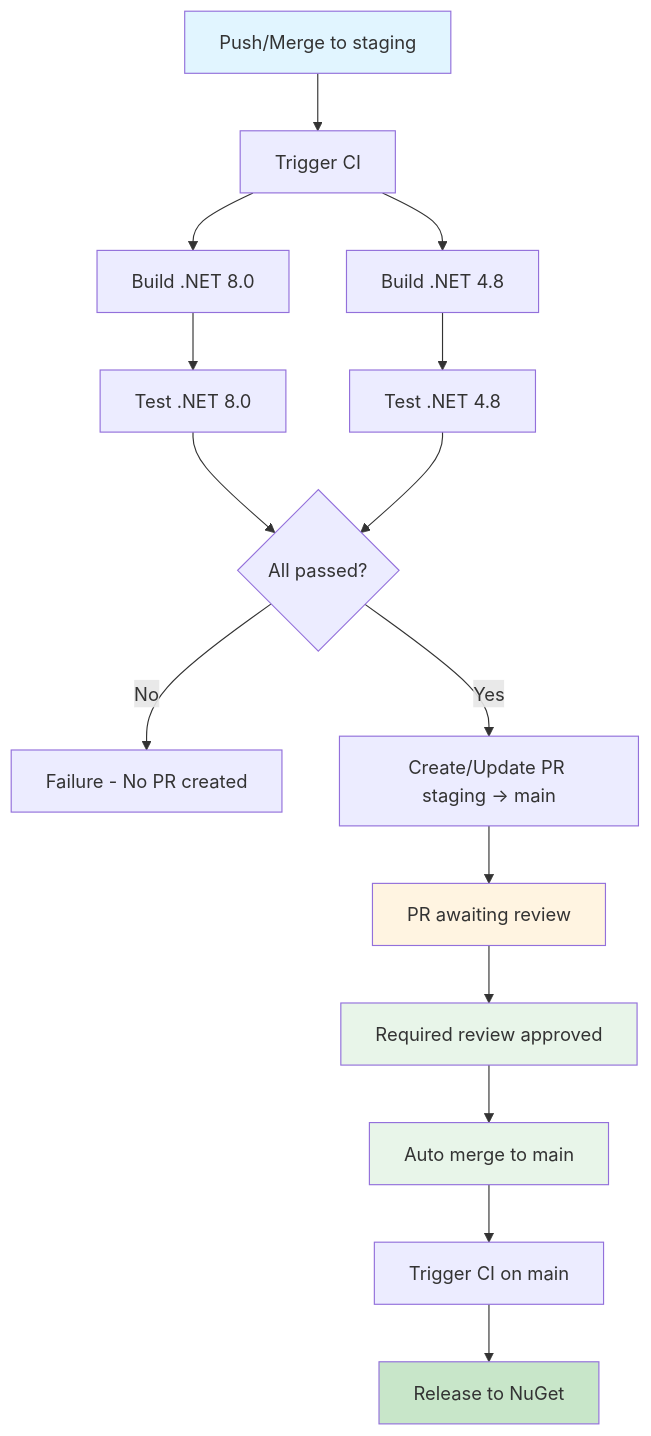
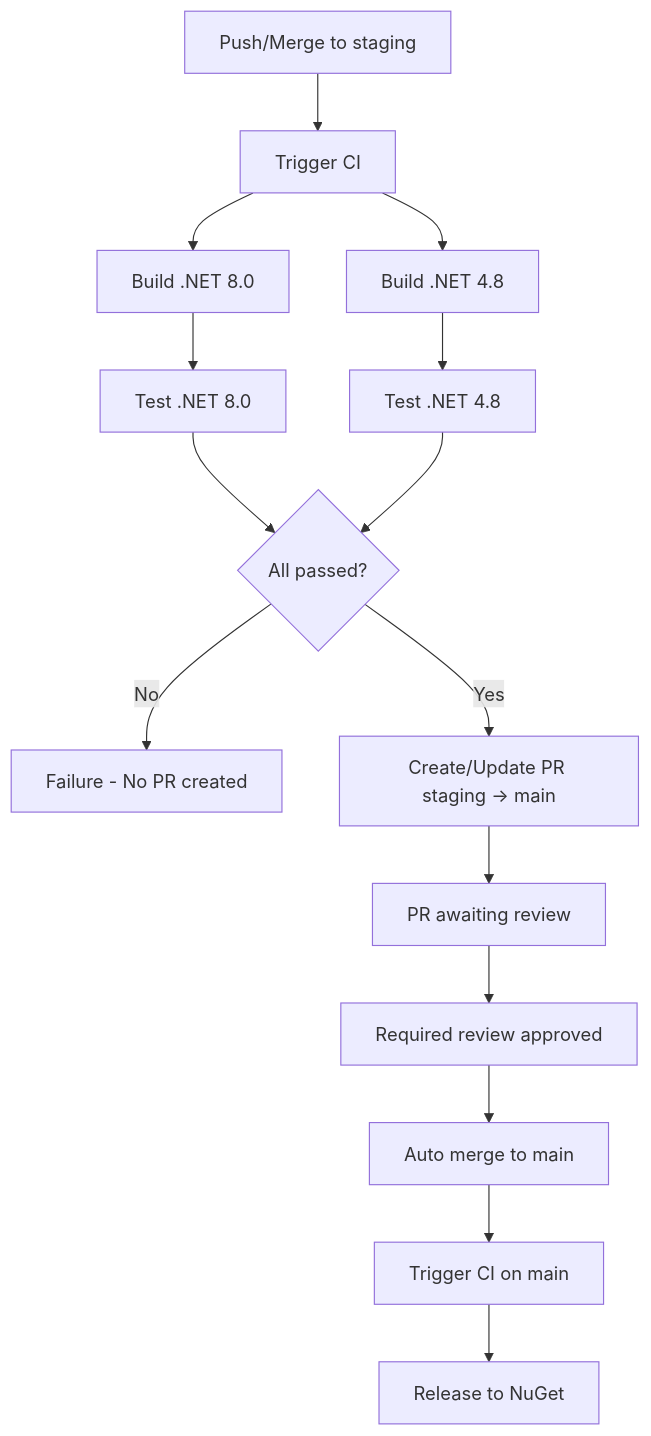
The first of 2 diagrams in docs/development/ci-cd.md (whitebeardit/traceability), drawn with Mermaid before and after one commit. The commit also changed other lines of this file and 21 other files, not shown here.

````diff
--- a/docs/development/ci-cd.md
+++ b/docs/development/ci-cd.md
@@ -15,23 +13,17 @@
 ```mermaid
 flowchart TD
     A[Push/Merge to staging] --> B[Trigger CI]
     B --> C[Build .NET 8.0]
     B --> D[Build .NET 4.8]
     C --> E[Test .NET 8.0]
     D --> F[Test .NET 4.8]
     E --> G{All passed?}
     F --> G
     G -->|No| H[Failure - No PR created]
     G -->|Yes| I[Create/Update PR staging → main]
     I --> J[PR awaiting review]
     J --> K[Required review approved]
     K --> L[Auto merge to main]
     L --> M[Trigger CI on main]
     M --> N[Release to NuGet]
-    
-    style A fill:#e1f5ff
-    style J fill:#fff4e1
-    style K fill:#e8f5e9
-    style L fill:#e8f5e9
-    style N fill:#c8e6c9
 ```
````
